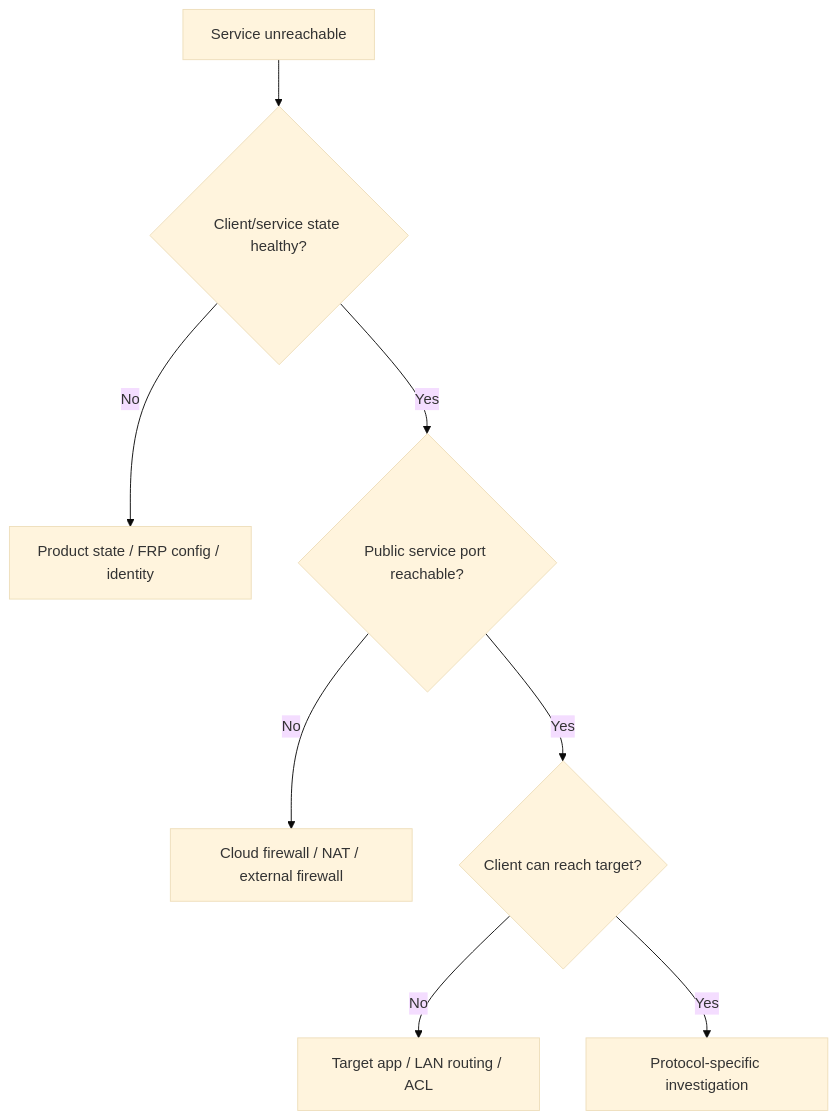
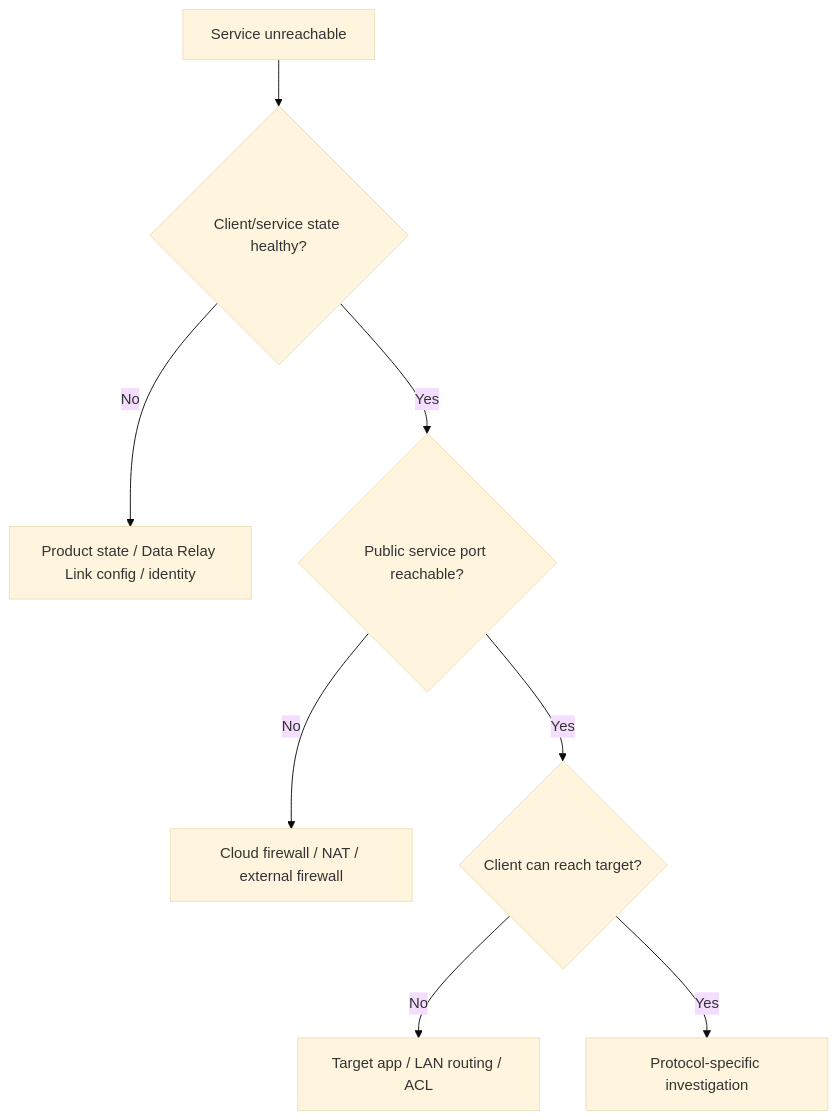
Before and after one commit to datarelay-labs/data-relay-link-docs: the second of 2 diagrams in operations/diagnostics.mdx, drawn with Mermaid (base theme). The commit also changed other lines of this file and 36 other files, not shown here.

````diff
--- a/operations/diagnostics.mdx
+++ b/operations/diagnostics.mdx
@@ -59,10 +59,10 @@
 ```mermaid
 flowchart TD
     A[Service unreachable] --> B{Client/service state healthy?}
-    B -->|No| C[Product state / FRP config / identity]
+    B -->|No| C[Product state / Data Relay Link config / identity]
     B -->|Yes| D{Public service port reachable?}
     D -->|No| E[Cloud firewall / NAT / external firewall]
     D -->|Yes| F{Client can reach target?}
     F -->|No| G[Target app / LAN routing / ACL]
     F -->|Yes| H[Protocol-specific investigation]
 ```
````
